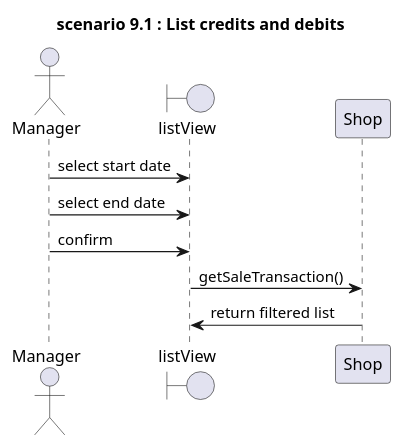
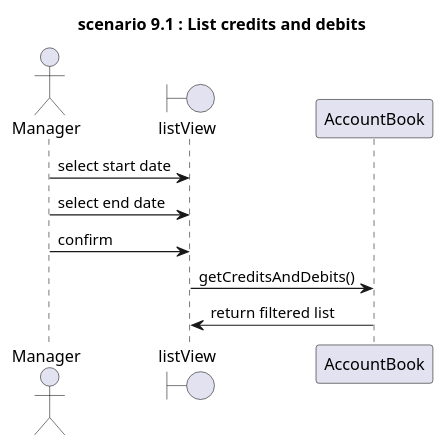
Diagram 14 of 16 in Deliverables/DesignDocument.md (zitabou/EZShop), drawn with PlantUML before and after one commit.

Commit message:
fix sequence diagram 9.1

````diff
--- a/Deliverables/DesignDocument.md
+++ b/Deliverables/DesignDocument.md
@@ -484,14 +484,14 @@
 ```plantuml
 
 title
 **scenario 9.1** : List credits and debits
 end title
 
 Actor Manager
 Boundary listView
 Manager -> listView: select start date 
 Manager -> listView: select end date 
 Manager -> listView: confirm
-listView -> Shop: getSaleTransaction()
-Shop-> listView: return filtered list
+listView -> AccountBook: getCreditsAndDebits()
+AccountBook-> listView: return filtered list
 ```
````
